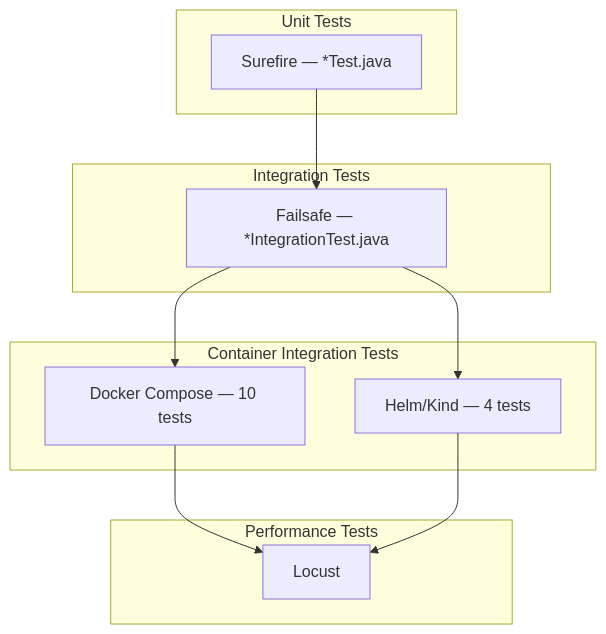
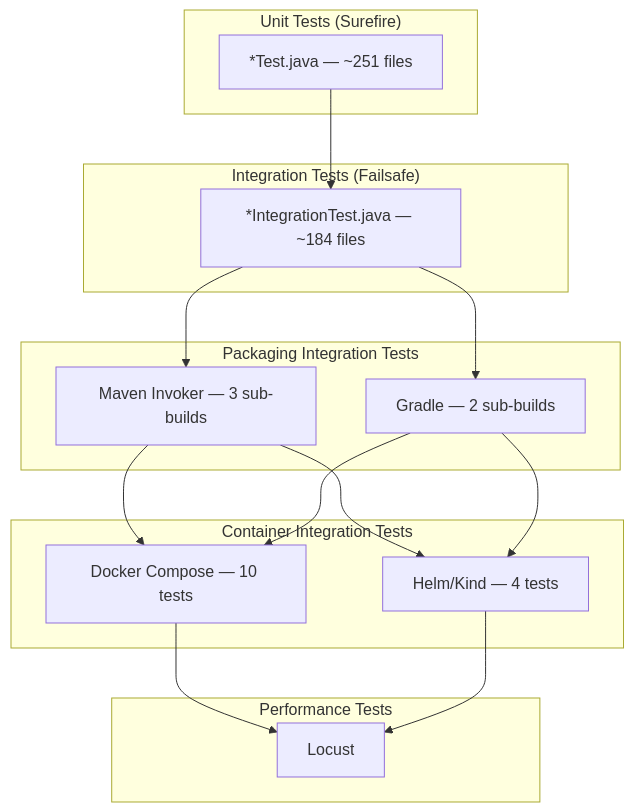
Before and after one commit to mock-server/mockserver: the first of 3 diagrams in docs/testing.md, drawn with Mermaid. The commit also changed other lines of this file and 3 other files, not shown here.

````diff
--- a/docs/testing.md
+++ b/docs/testing.md
@@ -7,17 +7,21 @@
 ```mermaid
 graph TB
-    subgraph "Unit Tests"
-        UT[Surefire — *Test.java]
+    subgraph "Unit Tests (Surefire)"
+        UT["*Test.java — ~251 files"]
     end
-    subgraph "Integration Tests"
-        IT[Failsafe — *IntegrationTest.java]
+    subgraph "Integration Tests (Failsafe)"
+        IT["*IntegrationTest.java — ~184 files"]
+    end
+    subgraph "Packaging Integration Tests"
+        MI["Maven Invoker — 3 sub-builds"]
+        GI["Gradle — 2 sub-builds"]
     end
     subgraph "Container Integration Tests"
-        DC[Docker Compose — 10 tests]
-        HT[Helm/Kind — 4 tests]
+        DC["Docker Compose — 10 tests"]
+        HT["Helm/Kind — 4 tests"]
     end
     subgraph "Performance Tests"
-        PT[Locust]
+        PT["Locust"]
     end
-    UT --> IT --> DC & HT --> PT
+    UT --> IT --> MI & GI --> DC & HT --> PT
 ```
````
